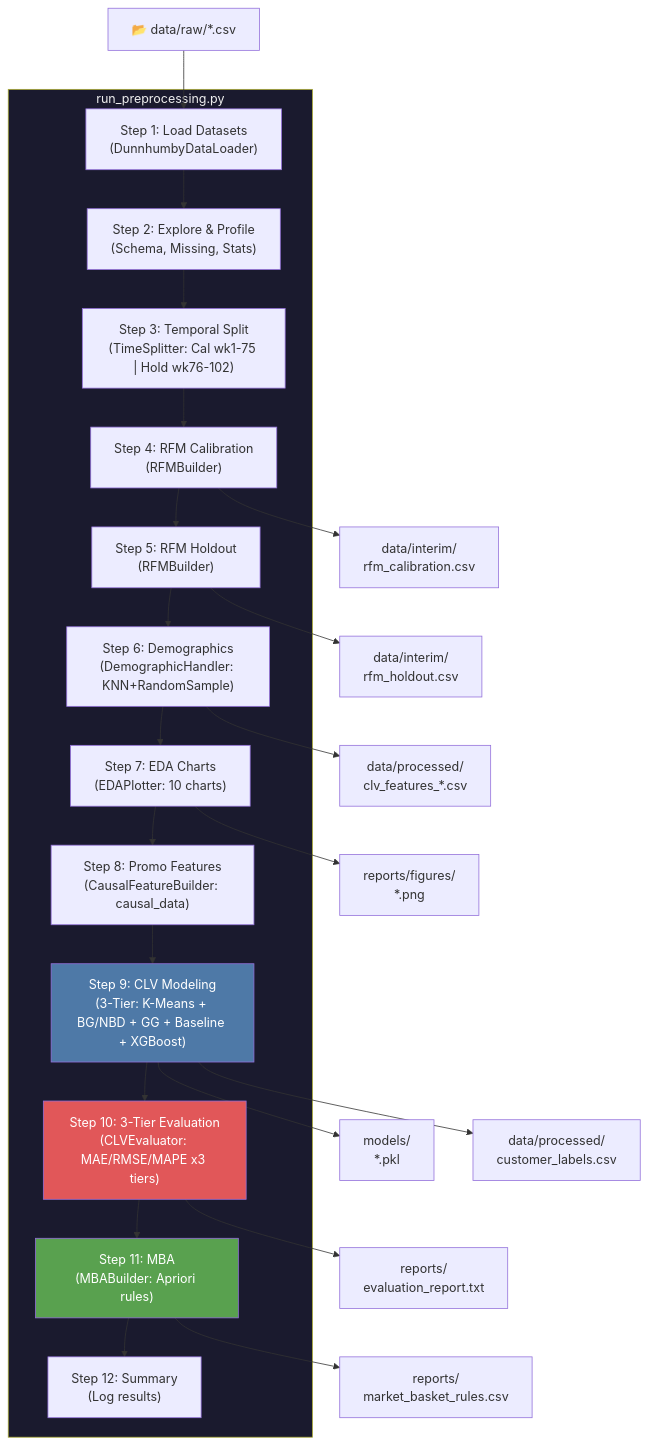
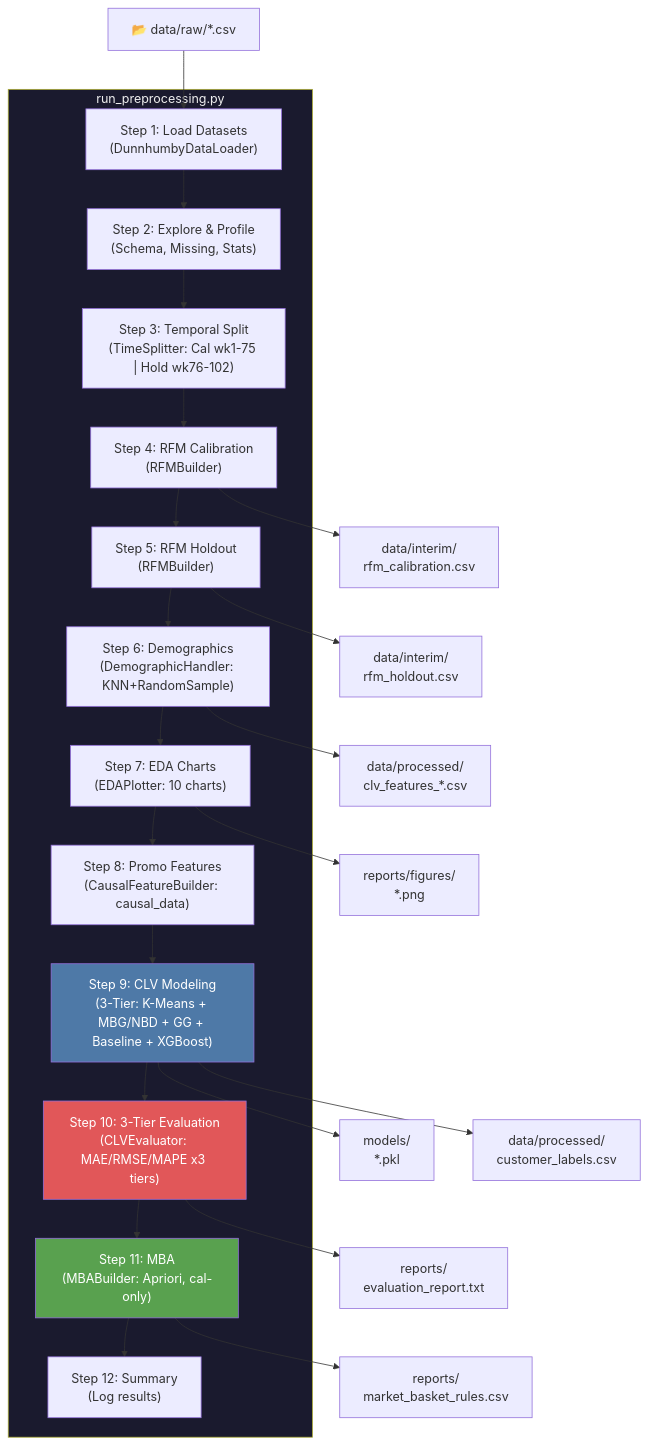
The second of 2 diagrams in repo_architecture.md (Dobit25/data_driven_marketing_project), drawn with Mermaid before and after one commit. The commit also changed other lines of this file and 96 other files, not shown here.

````diff
--- a/repo_architecture.md
+++ b/repo_architecture.md
@@ -288,35 +304,35 @@
 ```mermaid
 flowchart TD
     A["📂 data/raw/*.csv"] --> S1
 
     subgraph Pipeline["run_preprocessing.py"]
         S1["Step 1: Load Datasets<br/>(DunnhumbyDataLoader)"]
         S2["Step 2: Explore & Profile<br/>(Schema, Missing, Stats)"]
         S3["Step 3: Temporal Split<br/>(TimeSplitter: Cal wk1-75 | Hold wk76-102)"]
         S4["Step 4: RFM Calibration<br/>(RFMBuilder)"]
         S5["Step 5: RFM Holdout<br/>(RFMBuilder)"]
         S6["Step 6: Demographics<br/>(DemographicHandler: KNN+RandomSample)"]
         S7["Step 7: EDA Charts<br/>(EDAPlotter: 10 charts)"]
         S8["Step 8: Promo Features<br/>(CausalFeatureBuilder: causal_data)"]
-        S9["Step 9: CLV Modeling<br/>(3-Tier: K-Means + BG/NBD + GG + Baseline + XGBoost)"]
+        S9["Step 9: CLV Modeling<br/>(3-Tier: K-Means + MBG/NBD + GG + Baseline + XGBoost)"]
         S10["Step 10: 3-Tier Evaluation<br/>(CLVEvaluator: MAE/RMSE/MAPE x3 tiers)"]
-        S11["Step 11: MBA<br/>(MBABuilder: Apriori rules)"]
+        S11["Step 11: MBA<br/>(MBABuilder: Apriori, cal-only)"]
         S12["Step 12: Summary<br/>(Log results)"]
 
         S1 --> S2 --> S3 --> S4 --> S5 --> S6 --> S7 --> S8 --> S9 --> S10 --> S11 --> S12
     end
 
     S4 --> O1["data/interim/<br/>rfm_calibration.csv"]
     S5 --> O2["data/interim/<br/>rfm_holdout.csv"]
     S6 --> O3["data/processed/<br/>clv_features_*.csv"]
     S7 --> O4["reports/figures/<br/>*.png"]
     S9 --> O5["models/<br/>*.pkl"]
     S9 --> O6["data/processed/<br/>customer_labels.csv"]
     S10 --> O7["reports/<br/>evaluation_report.txt"]
     S11 --> O8["reports/<br/>market_basket_rules.csv"]
 
     style Pipeline fill:#1a1a2e,color:#eee
     style S9 fill:#4E79A7,color:#fff
     style S10 fill:#E15759,color:#fff
     style S11 fill:#59A14F,color:#fff
 ```
````
